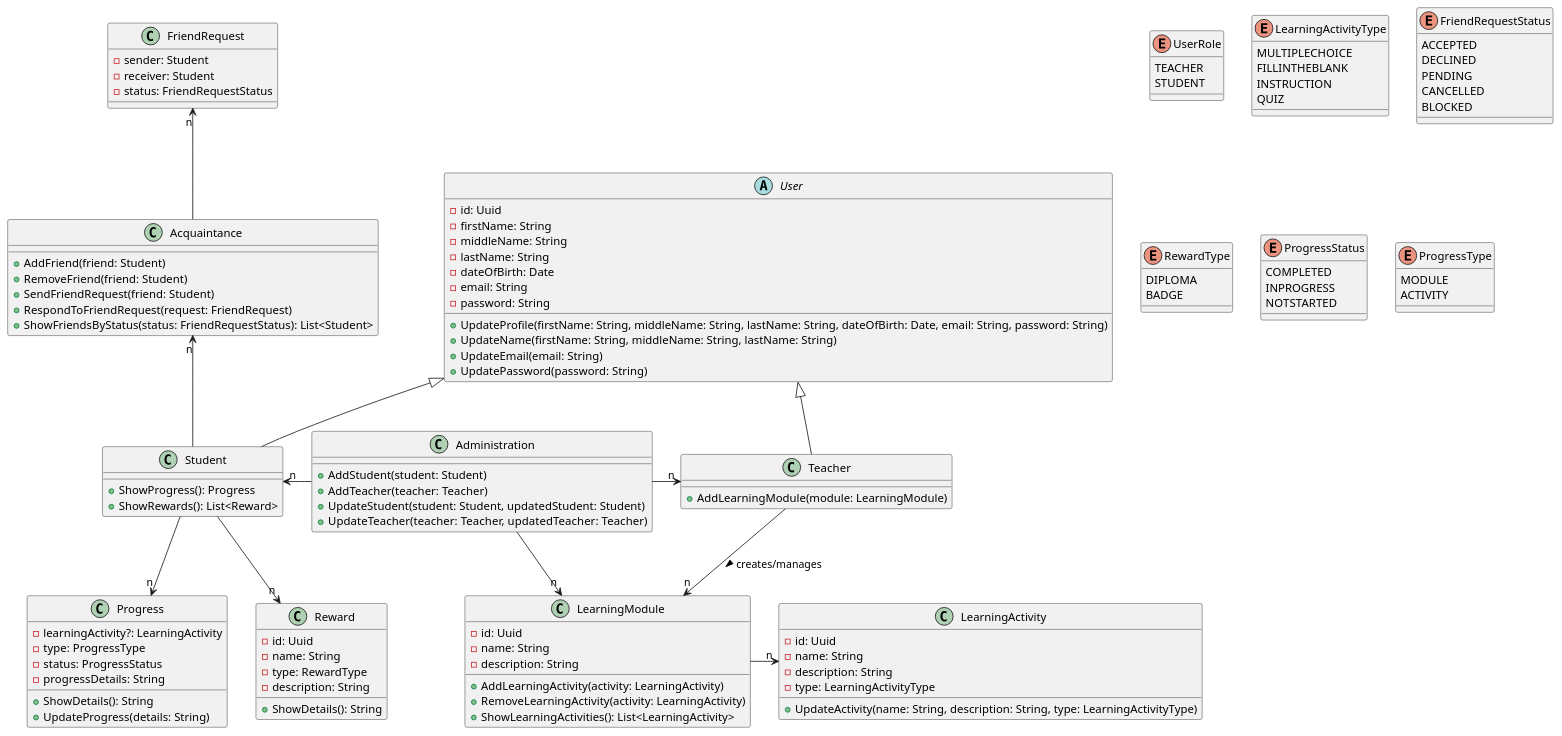
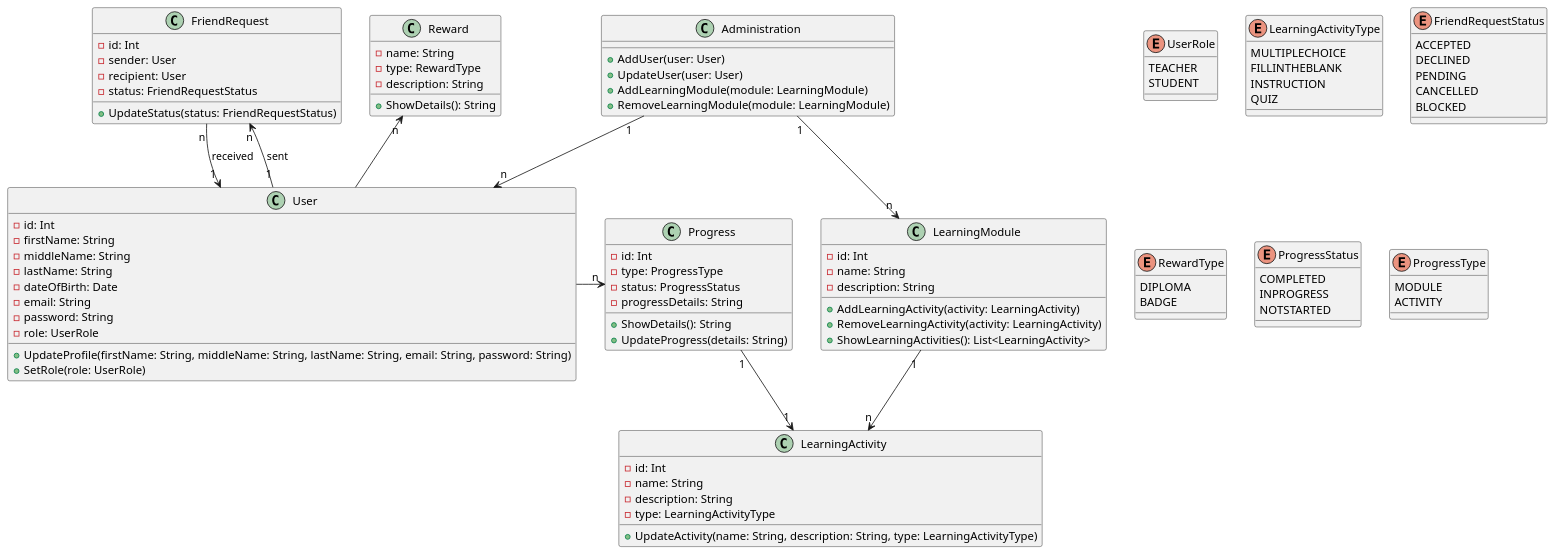
The diagram in doc/classdiagram.puml (janvanhest/ap2-cmk), drawn with PlantUML before and after one commit. The commit also changed 4 other files, not shown here.

```diff
--- a/doc/classdiagram.puml
+++ b/doc/classdiagram.puml
@@ -1,133 +1,116 @@
 @startuml
 
 enum UserRole {
     TEACHER
     STUDENT
+
 }
-
 enum LearningActivityType {
     MULTIPLECHOICE
     FILLINTHEBLANK
     INSTRUCTION
     QUIZ
 }
 
 enum FriendRequestStatus {
     ACCEPTED
     DECLINED
     PENDING
     CANCELLED
     BLOCKED
 }
 
 enum RewardType {
     DIPLOMA
     BADGE
 }
 
 enum ProgressStatus {
     COMPLETED
     INPROGRESS
     NOTSTARTED
 }
 
 enum ProgressType {
     MODULE
     ACTIVITY
 }
 
-' Base class for common user attributes
-abstract class User {
-    -id: Uuid
-    -firstName: String
-    -middleName: String
-    -lastName: String
-    -dateOfBirth: Date
-    -email: String
-    -password: String
-    +UpdateProfile(firstName: String, middleName: String, lastName: String, dateOfBirth: Date, email: String, password: String)
-    +UpdateName(firstName: String, middleName: String, lastName: String)
-    +UpdateEmail(email: String)
-    +UpdatePassword(password: String)
-}
-
 class Administration {
-    +AddStudent(student: Student)
-    +AddTeacher(teacher: Teacher)
-    +UpdateStudent(student: Student, updatedStudent: Student)
-    +UpdateTeacher(teacher: Teacher, updatedTeacher: Teacher)
-}
-
-class Teacher extends User {
-    +AddLearningModule(module: LearningModule)
-}
-
-class Student extends User {
-    +ShowProgress(): Progress
-    +ShowRewards(): List<Reward>
+    + AddUser(user: User)
+    + UpdateUser(user: User)
+    + AddLearningModule(module: LearningModule)
+    + RemoveLearningModule(module: LearningModule)
 }
 
 class LearningModule {
-    -id: Uuid
+    -id: Int
     -name: String
     -description: String
     +AddLearningActivity(activity: LearningActivity)
     +RemoveLearningActivity(activity: LearningActivity)
     +ShowLearningActivities(): List<LearningActivity>
 }
 
 
 class LearningActivity {
-    -id: Uuid
+    -id: Int
     -name: String
     -description: String
     -type: LearningActivityType
     +UpdateActivity(name: String, description: String, type: LearningActivityType)
 }
 
 
+class User {
+    -id: Int
+    -firstName: String
+    -middleName: String
+    -lastName: String
+    -dateOfBirth: Date
+    -email: String
+    -password: String
+    -role: UserRole
+    +UpdateProfile(firstName: String, middleName: String, lastName: String, email: String, password: String)
+    +SetRole(role: UserRole)
+}
+
+class Reward {
+    -name: String
+    -type: RewardType
+    -description: String
+    +ShowDetails(): String
+}
+
+class FriendRequest {
+    - id: Int
+    - sender: User
+    - recipient: User
+    - status: FriendRequestStatus
+    + UpdateStatus(status: FriendRequestStatus)
+}
 
 class Progress {
-    -learningActivity?: LearningActivity
+    -id: Int
     -type: ProgressType
     -status: ProgressStatus
     -progressDetails: String
     +ShowDetails(): String
     +UpdateProgress(details: String)
 }
 
-class Reward {
-    -id: Uuid
-    -name: String
-    -type: RewardType
-    -description: String
-    +ShowDetails(): String
-}
+Administration "1" -right-> "n" User
+Administration "1" -down-> "n" LearningModule
 
-class Acquaintance {
-    +AddFriend(friend: Student)
-    +RemoveFriend(friend: Student)
-    +SendFriendRequest(friend: Student)
-    +RespondToFriendRequest(request: FriendRequest)
-    +ShowFriendsByStatus(status: FriendRequestStatus): List<Student>
-}
+User -up-> "n" Reward
+User -right-> "n" Progress
 
-class FriendRequest {
-    -sender: Student
-    -receiver: Student
-    -status: FriendRequestStatus
-}
+User "1" -up-> "n" FriendRequest : sent
+User "1" <-up- "n" FriendRequest : received
+
+Progress "1" -down-> "1" LearningActivity
+
+LearningModule "1" --> "n" LearningActivity
 
 
-
-Administration -left-> "n" Student
-Administration -right-> "n" Teacher
-Administration -down-> "n" LearningModule
-LearningModule -right-> "n" LearningActivity
-Student -up-> "n" Acquaintance
-Teacher -down-> "n" LearningModule : creates/manages >
-Student -down-> "n" Progress
-Student -down-> "n" Reward
-Acquaintance -up-> "n" FriendRequest
-
 @enduml
```
